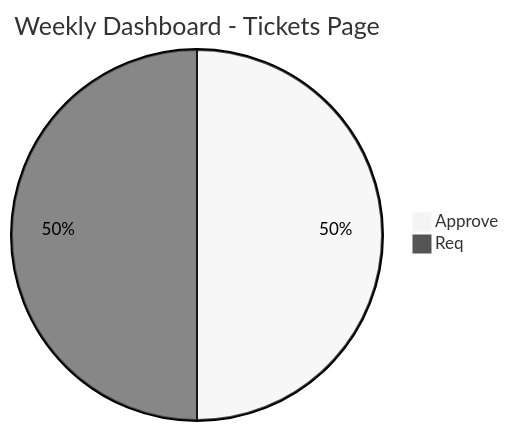
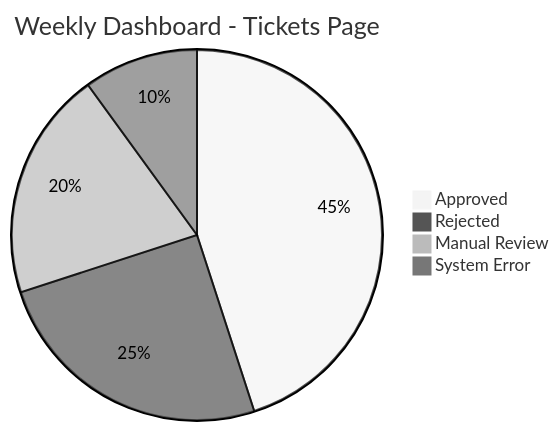
One commit to rajacsp/mermaid-public-samples changed the second of 2 diagrams in email5.md. Above: the diagram before and after it, drawn with Mermaid (neutral theme).

````diff
--- a/email5.md
+++ b/email5.md
@@ -40,5 +40,7 @@
 ```mermaid
 pie title Weekly Dashboard - Tickets Page
-    "Approve" : 50
-    "Req" : 50
+    "Approved" : 45
+    "Rejected" : 25
+    "Manual Review" : 20
+    "System Error" : 10
 ```
````
